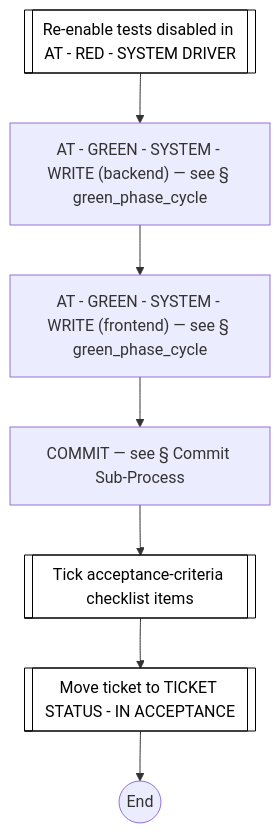
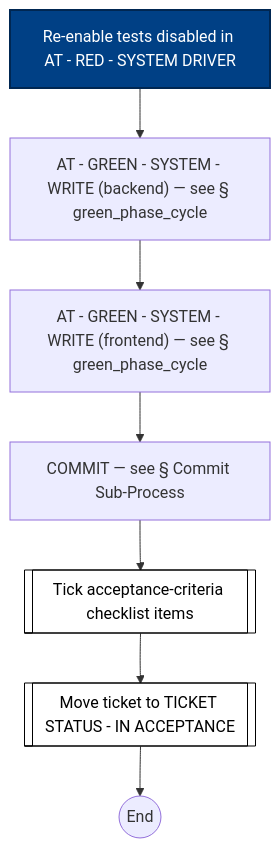
One commit to optivem/gh-optivem changed the seventh of 17 diagrams in docs/process-diagram.md. Above: the diagram before and after it, drawn with Mermaid. The commit also changed other lines of this file and 5 other files, not shown here.

Commit message:
atdd: regenerate process-flow diagram

````diff
--- a/docs/process-diagram.md
+++ b/docs/process-diagram.md
@@ -178,20 +186,23 @@
 ```mermaid
 flowchart TD
     AT_GREEN_BACKEND["AT - GREEN - SYSTEM - WRITE (backend) — see § green_phase_cycle"]
     AT_GREEN_FRONTEND["AT - GREEN - SYSTEM - WRITE (frontend) — see § green_phase_cycle"]
     COMMIT[COMMIT — see § Commit Sub-Process]
-    ENABLE_TESTS[[Re-enable tests disabled in AT - RED - SYSTEM DRIVER]]
+    ENABLE_TESTS[Re-enable tests disabled in AT - RED - SYSTEM DRIVER]
     GS_END((End))
     MOVE_TICKET_IN_ACCEPTANCE[[Move ticket to TICKET STATUS - IN ACCEPTANCE]]
     TICK[[Tick acceptance-criteria checklist items]]
 
     ENABLE_TESTS --> AT_GREEN_BACKEND
     AT_GREEN_BACKEND --> AT_GREEN_FRONTEND
     AT_GREEN_FRONTEND --> COMMIT
     COMMIT --> TICK
     TICK --> MOVE_TICKET_IN_ACCEPTANCE
     MOVE_TICKET_IN_ACCEPTANCE --> GS_END
 
     classDef serviceNode fill:#ffffff,stroke:#000000,stroke-width:1px,color:#000000
-    class ENABLE_TESTS,MOVE_TICKET_IN_ACCEPTANCE,TICK serviceNode
+    class MOVE_TICKET_IN_ACCEPTANCE,TICK serviceNode
+
+    classDef agentNode fill:#004085,stroke:#002752,stroke-width:2px,color:#ffffff
+    class ENABLE_TESTS agentNode
 ```
````
